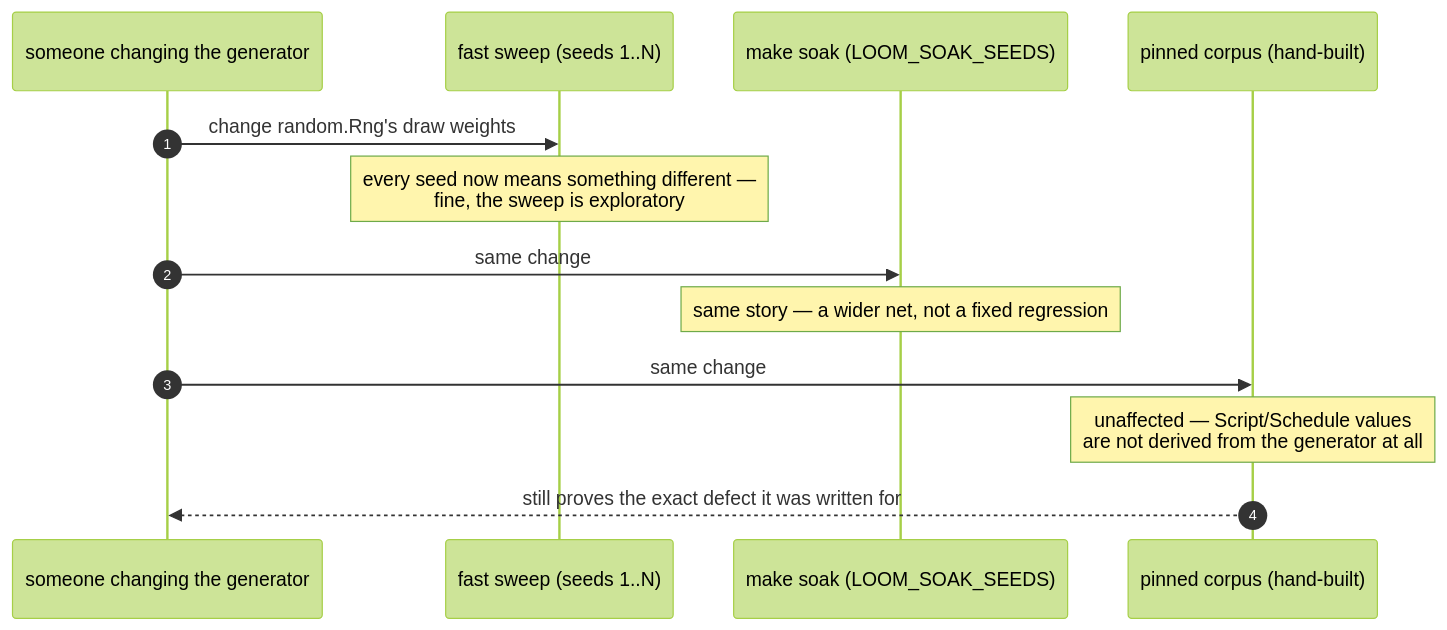
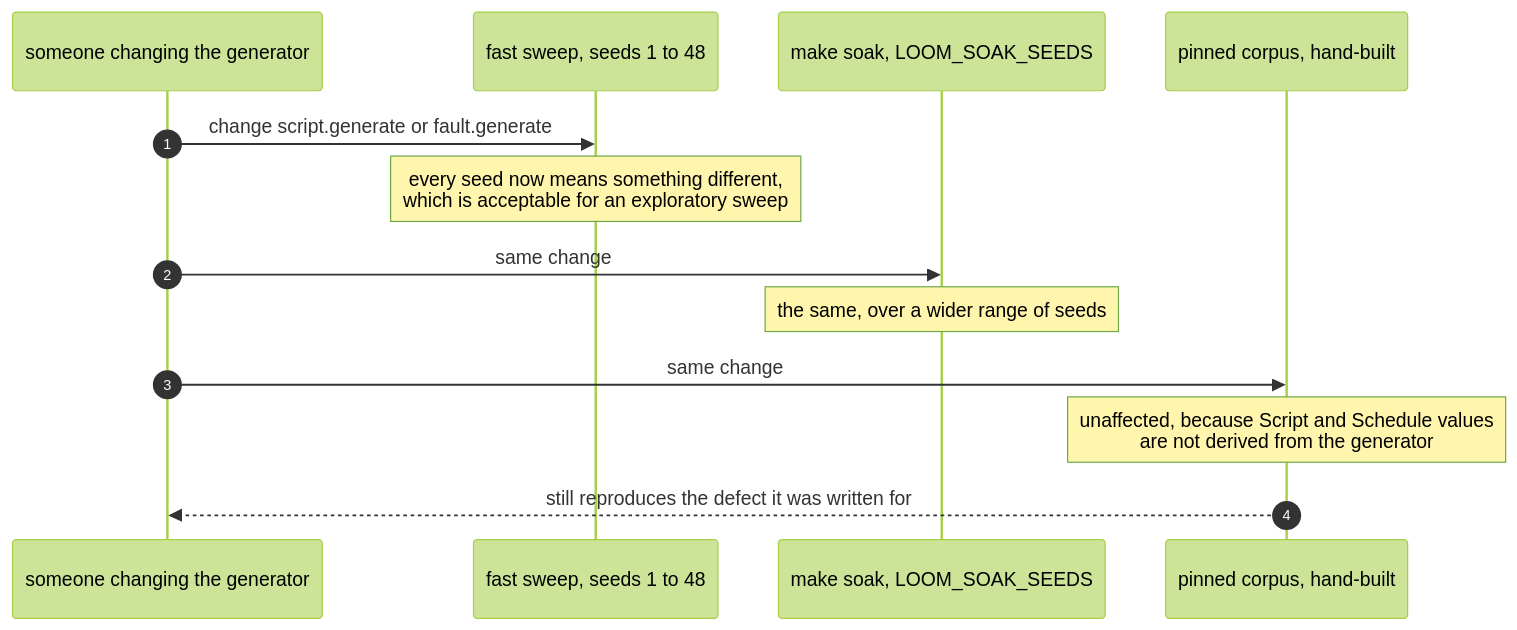
Before and after one commit to Roasbeef/loom: the third of 3 diagrams in packages/conformance/README.md, drawn with Mermaid (forest theme). The commit also changed other lines of this file, not shown here.

First line of the commit message:
conformance: correct the simulation flow and keying

````diff
--- a/packages/conformance/README.md
+++ b/packages/conformance/README.md
@@ -92,16 +121,16 @@
 ```mermaid
 sequenceDiagram
     autonumber
     participant Dev as someone changing the generator
-    participant Sweep as fast sweep (seeds 1..N)
-    participant Soak as make soak (LOOM_SOAK_SEEDS)
-    participant Corpus as pinned corpus (hand-built)
+    participant Sweep as fast sweep, seeds 1 to 48
+    participant Soak as make soak, LOOM_SOAK_SEEDS
+    participant Corpus as pinned corpus, hand-built
 
-    Dev->>Sweep: change random.Rng's draw weights
-    Note over Sweep: every seed now means something different —<br/>fine, the sweep is exploratory
+    Dev->>Sweep: change script.generate or fault.generate
+    Note over Sweep: every seed now means something different,<br/>which is acceptable for an exploratory sweep
     Dev->>Soak: same change
-    Note over Soak: same story — a wider net, not a fixed regression
+    Note over Soak: the same, over a wider range of seeds
     Dev->>Corpus: same change
-    Note over Corpus: unaffected — Script/Schedule values<br/>are not derived from the generator at all
-    Corpus-->>Dev: still proves the exact defect it was written for
+    Note over Corpus: unaffected, because Script and Schedule values<br/>are not derived from the generator
+    Corpus-->>Dev: still reproduces the defect it was written for
 ```
````
